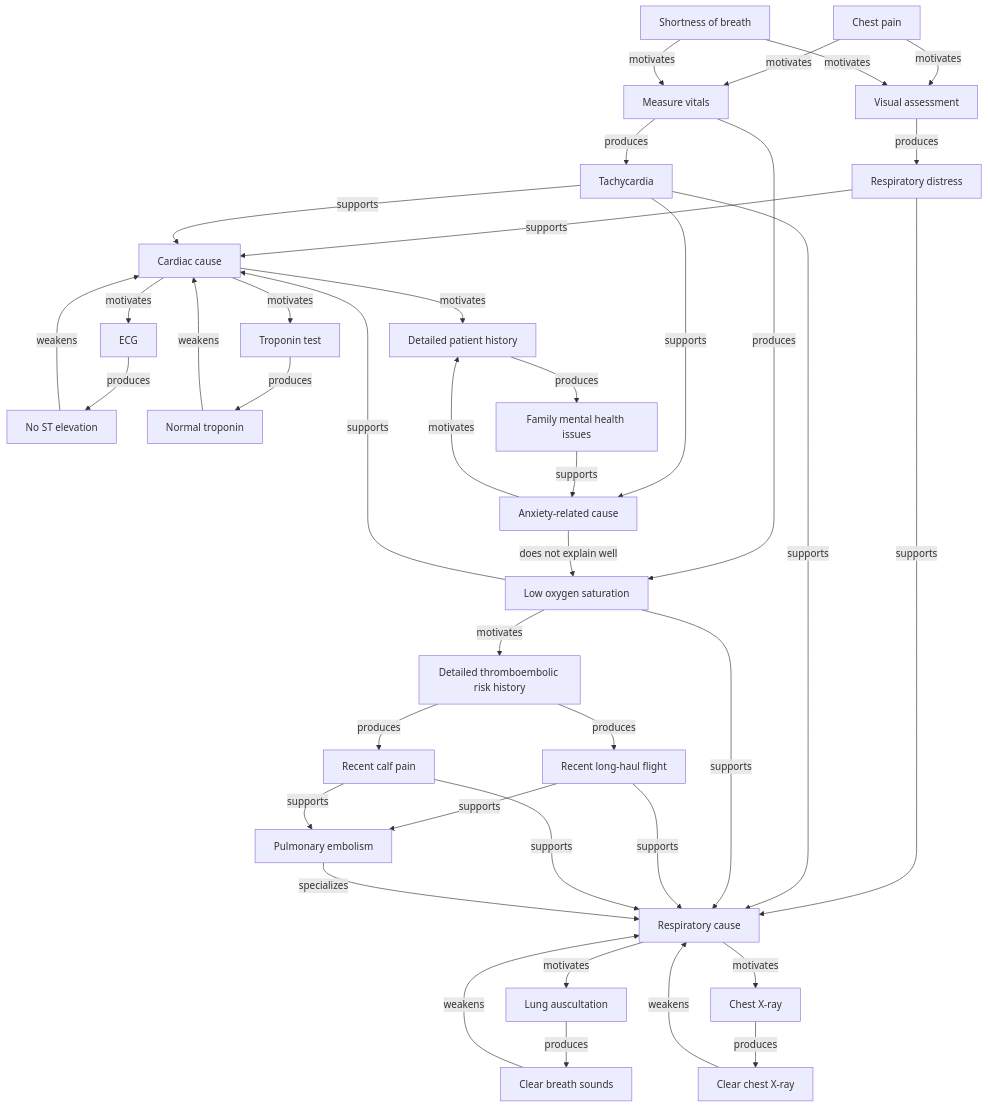
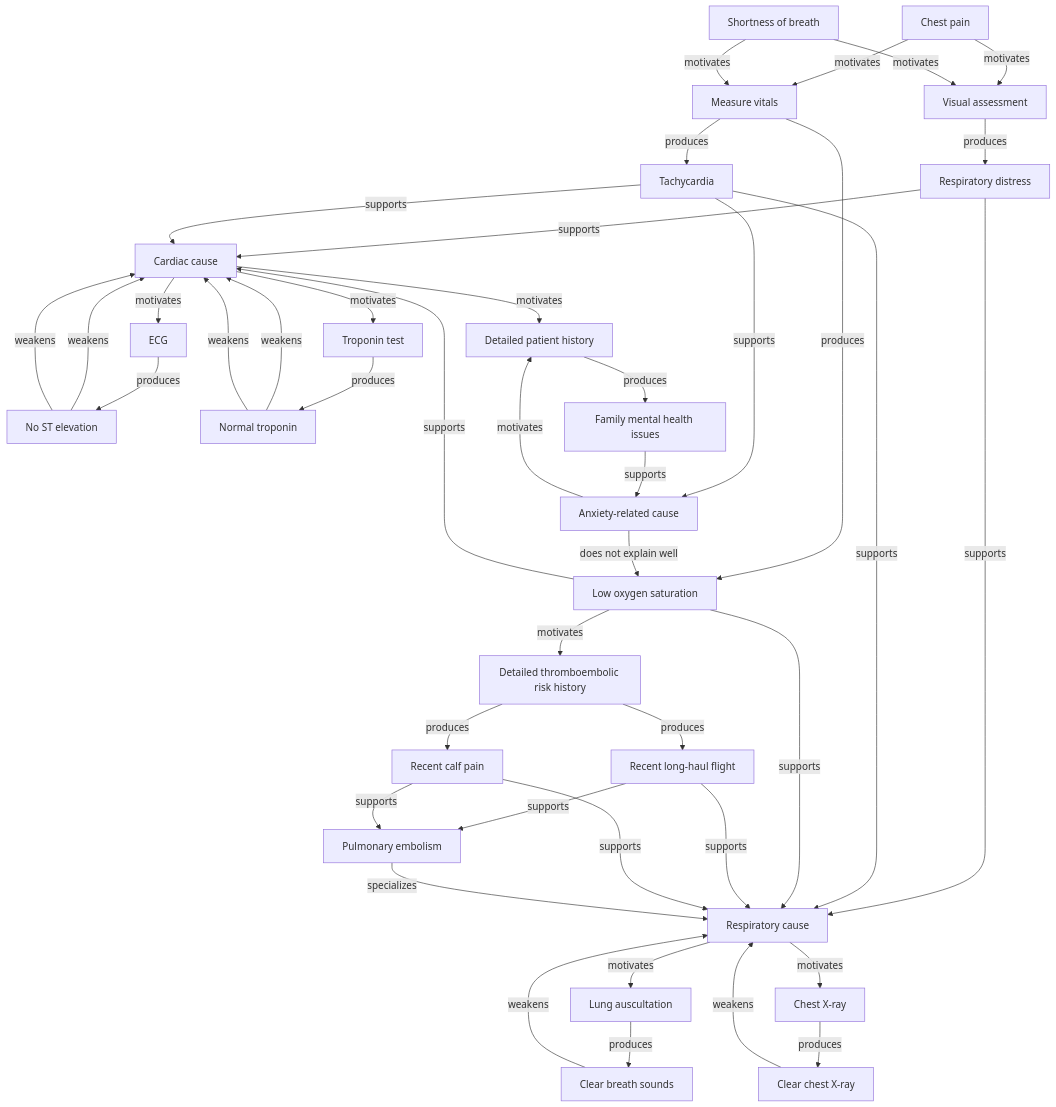
The diagram in diagrams/medical.mmd (kahunacohen/why), drawn with Mermaid before and after one commit.

```diff
--- a/diagrams/medical.mmd
+++ b/diagrams/medical.mmd
@@ -1,123 +1,127 @@
 flowchart TD
 
 %% =====================================================
 %% Initial presentation
 %% =====================================================
 
 C1["Chest pain"]
 C2["Shortness of breath"]
 
 %% =====================================================
 %% Initial investigation
 %% =====================================================
 
 A1["Visual assessment"]
 A2["Measure vitals"]
 
 C1 -->|motivates| A1
 C2 -->|motivates| A1
 
 C1 -->|motivates| A2
 C2 -->|motivates| A2
 
 %% =====================================================
 %% Initial observations
 %% =====================================================
 
 O1["Respiratory distress"]
 O2["Tachycardia"]
 O3["Low oxygen saturation"]
 
 A1 -->|produces| O1
 
 A2 -->|produces| O2
 A2 -->|produces| O3
 
 %% =====================================================
 %% Initial hypotheses
 %% =====================================================
 
 H1["Respiratory cause"]
 H2["Cardiac cause"]
 H3["Anxiety-related cause"]
 
 O1 -->|supports| H1
 O1 -->|supports| H2
 
 O2 -->|supports| H1
 O2 -->|supports| H2
 O2 -->|supports| H3
 
 O3 -->|supports| H1
 O3 -->|supports| H2
 
 %% =====================================================
 %% Follow-up actions motivated by hypotheses
 %% =====================================================
 
 A3["ECG"]
 A4["Troponin test"]
 
 A5["Lung auscultation"]
 A6["Chest X-ray"]
 
 A7["Detailed patient history"]
 
 H2 -->|motivates| A3
 H2 -->|motivates| A4
 
 H1 -->|motivates| A5
 H1 -->|motivates| A6
 
 H2 -->|motivates| A7
 H3 -->|motivates| A7
 
 %% =====================================================
 %% Follow-up observations
 %% =====================================================
 
 O4["No ST elevation"]
 O6["Normal troponin"]
 
+O4 --> |weakens| H2
+O6 --> |weakens| H2
+
+
 O7["Clear chest X-ray"]
 O8["Clear breath sounds"]
 
 O5["Family mental health issues"]
 
 A3 -->|produces| O4
 A4 -->|produces| O6
 
 A6 -->|produces| O7
 A5 -->|produces| O8
 
 A7 -->|produces| O5
 
 %% =====================================================
 %% Evidence updates hypotheses
 %% =====================================================
 
 O4 -->|weakens| H2
 O6 -->|weakens| H2
 
 O7 -->|weakens| H1
 O8 -->|weakens| H1
 
 O5 -->|supports| H3
 
 A8["Detailed thromboembolic risk history"]
 
 H3 -->|does not explain well| O3
 O3 -->|motivates| A8
 
 O9["Recent long-haul flight"]
 O10["Recent calf pain"]
 A8 -->|produces| O9
 A8 -->|produces| O10
 
 O9 --> |supports| H1
 O10 --> |supports| H1
 
 H4["Pulmonary embolism"]
 H4 -->|specializes| H1
 O9 --> |supports| H4
 O10 --> |supports| H4
```
